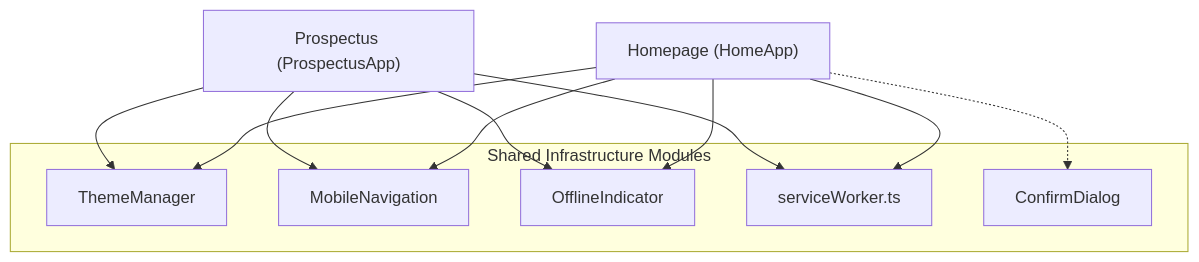
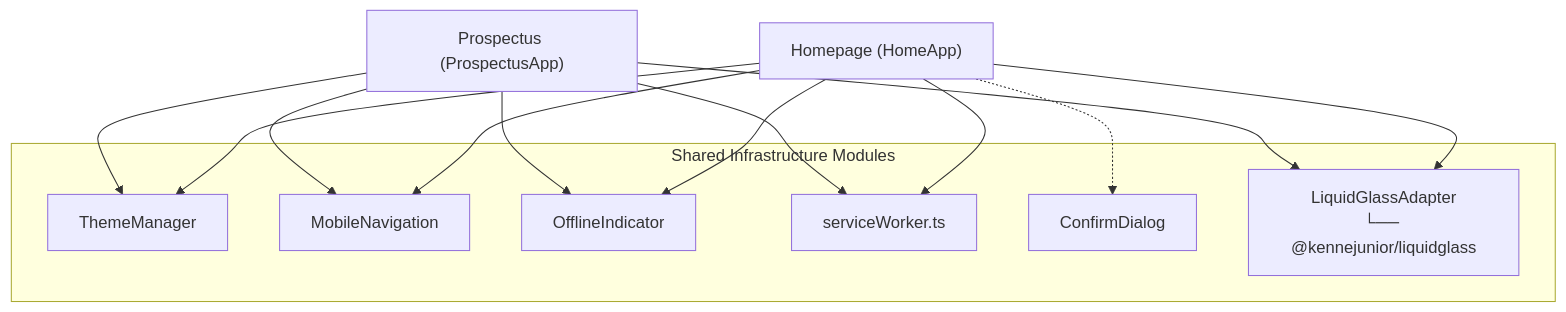
The diagram in docs/architecture/shared-infrastructure.md (KenneJunior/st-joseph), drawn with Mermaid before and after one commit. The commit also changed other lines of this file and 6 other files, not shown here.

First line of the commit message:
docs(architecture): update platform architecture documentation

````diff
--- a/docs/architecture/shared-infrastructure.md
+++ b/docs/architecture/shared-infrastructure.md
@@ -7,22 +7,25 @@
 ```mermaid
 %% Shared Infrastructure Consumer Map
 flowchart TD
     subgraph SharedModules["Shared Infrastructure Modules"]
         TM["ThemeManager"]
         MN["MobileNavigation"]
         OI["OfflineIndicator"]
         SW["serviceWorker.ts"]
         CD["ConfirmDialog"]
+        LGA["LiquidGlassAdapter<br/>└── @kennejunior/liquidglass"]
     end
 
     Home["Homepage (HomeApp)"] --> TM
     Home --> MN
     Home --> OI
     Home --> SW
     Home -.-> CD
+    Home --> LGA
 
     Prospectus["Prospectus (ProspectusApp)"] --> TM
     Prospectus --> MN
     Prospectus --> OI
     Prospectus --> SW
+    Prospectus --> LGA
 ```
````
